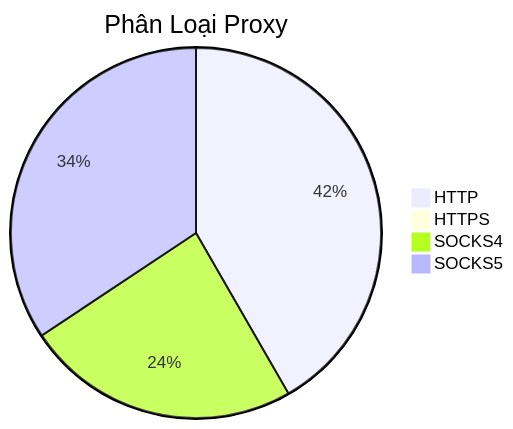
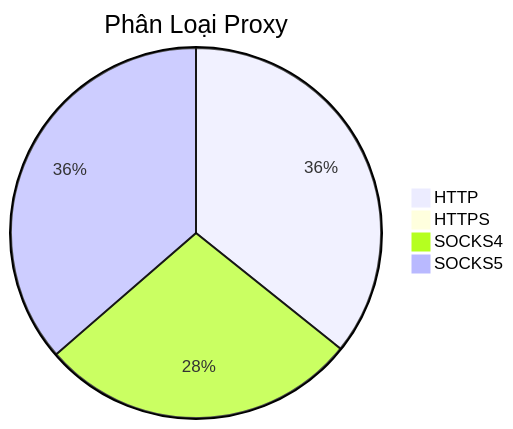
The diagram in README.md (Ciara-12/PROXY-free), drawn with Mermaid before and after one commit. The commit also changed other lines of this file and 4 other files, not shown here.

````diff
--- a/README.md
+++ b/README.md
@@ -26,7 +26,7 @@
 ```mermaid
 pie title Phân Loại Proxy
-    "HTTP" : 817
-    "HTTPS" : 1
-    "SOCKS4" : 470
-    "SOCKS5" : 673
+    "HTTP" : 627
+    "HTTPS" : 0
+    "SOCKS4" : 489
+    "SOCKS5" : 638
 ```
````
